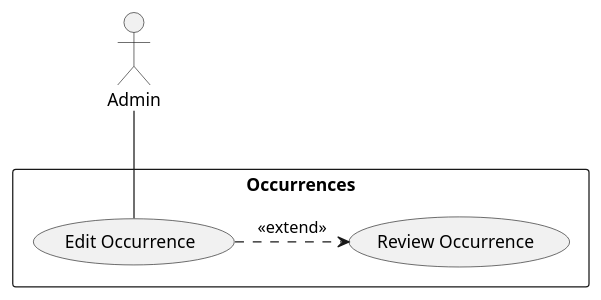
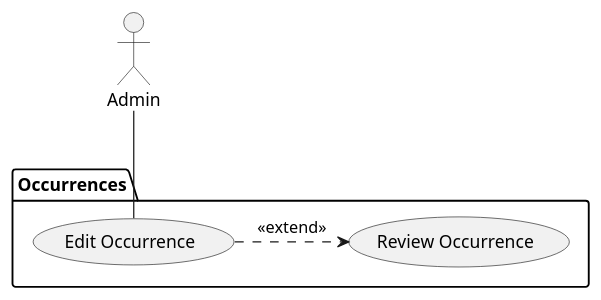
The diagram in Use Cases/EditOccurrence.iuml (bmb0136/COMP-3700-Project), drawn with PlantUML before and after one commit. The commit also changed 24 other files, not shown here.

```diff
--- a/Use Cases/EditOccurrence.iuml
+++ b/Use Cases/EditOccurrence.iuml
@@ -1,9 +1,9 @@
 @startuml Edit Occurence
-rectangle "Occurrences"{
+package "Occurrences"{
 (Edit Occurrence)
 (Review Occurrence)
 }
 actor :Admin:
 Admin -- (Edit Occurrence)
 (Edit Occurrence) .> (Review Occurrence) : <<extend>>
 @enduml
```
